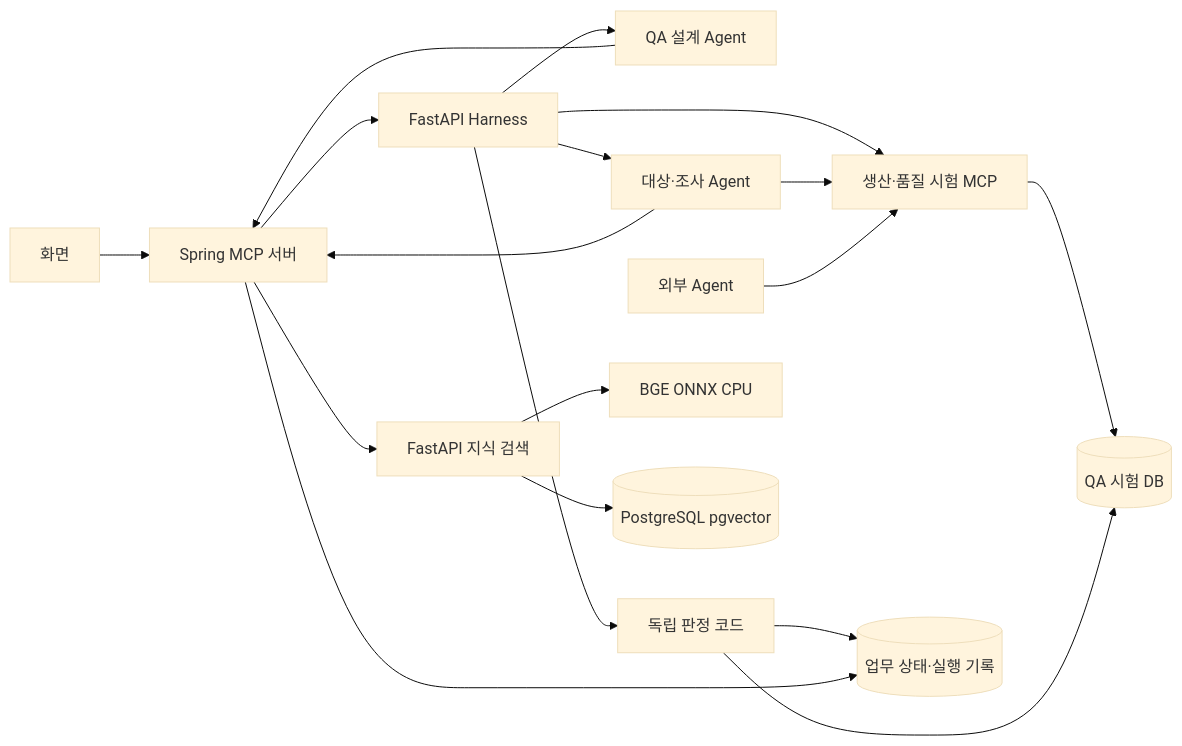
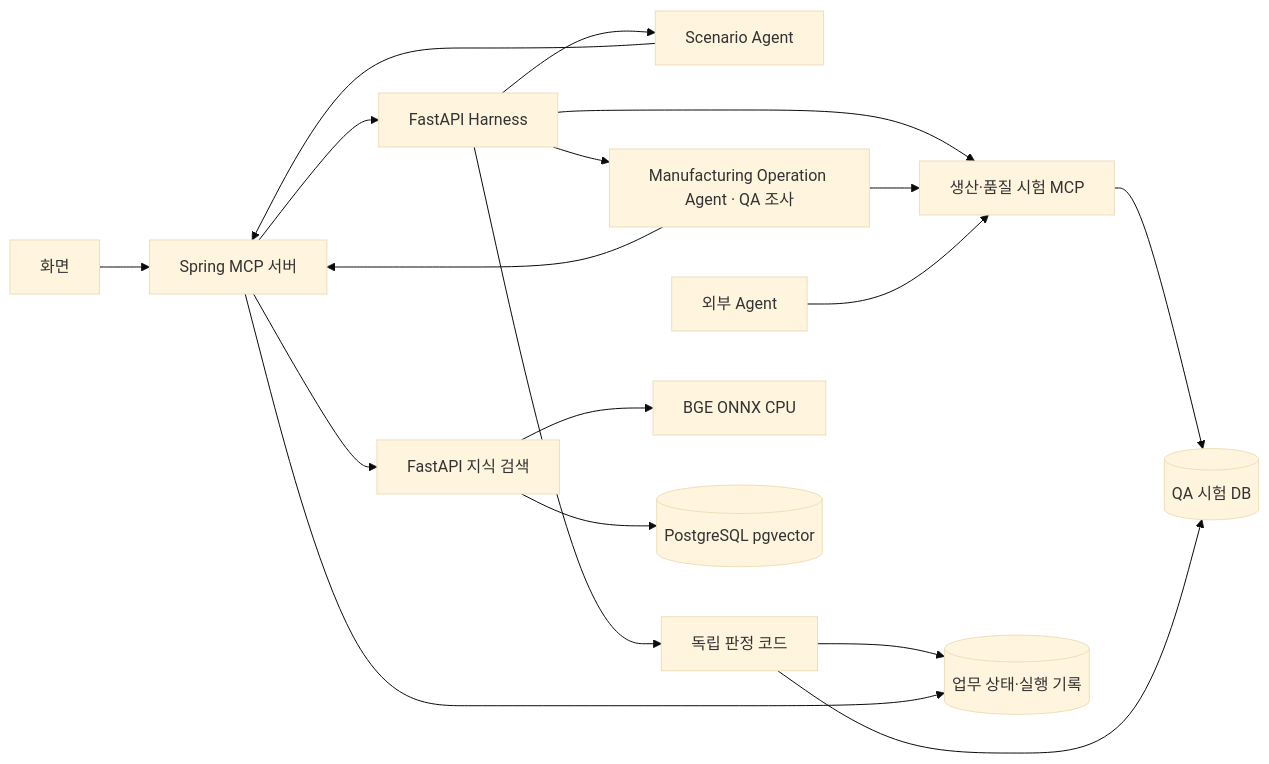
One commit to Agent-Crash-Lab/agent-crash-lab changed the diagram in docs/architecture.md. Above: the diagram before and after it, drawn with Mermaid (base theme). The commit also changed other lines of this file and 34 other files, not shown here.

Commit message:
Separate scenario design from QA execution and document agent roles

````diff
--- a/docs/architecture.md
+++ b/docs/architecture.md
@@ -97,20 +101,20 @@
 ```mermaid
 flowchart LR
   UI[화면] --> MCP[Spring MCP 서버]
   MCP --> H[FastAPI Harness]
-  H --> D[QA 설계 Agent]
+  H --> D[Scenario Agent]
   D --> MCP
-  H --> A[대상·조사 Agent]
+  H --> A[Manufacturing Operation Agent · QA 조사]
   A --> MCP
   H --> S[생산·품질 시험 MCP]
   A --> S
   E[외부 Agent] --> S
   S --> SD[(QA 시험 DB)]
   J --> SD
   MCP --> K[FastAPI 지식 검색]
   K --> B[BGE ONNX CPU]
   K --> V[(PostgreSQL pgvector)]
   H --> J[독립 판정 코드]
   J --> DB[(업무 상태·실행 기록)]
   MCP --> DB
 ```
````
